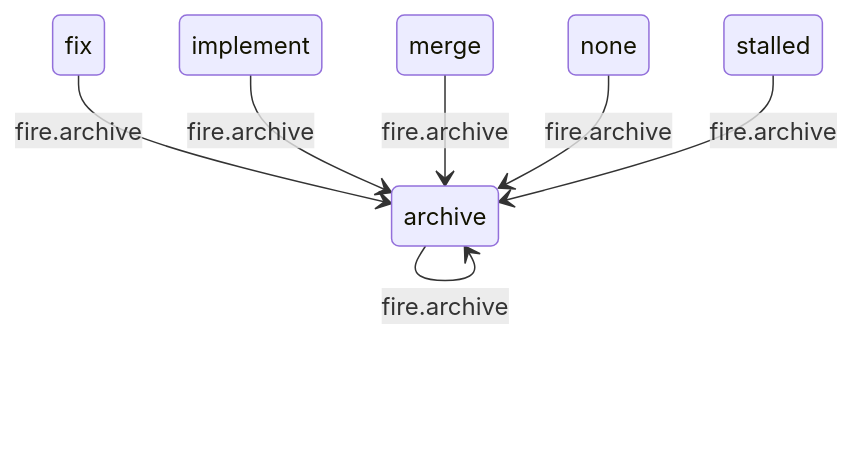
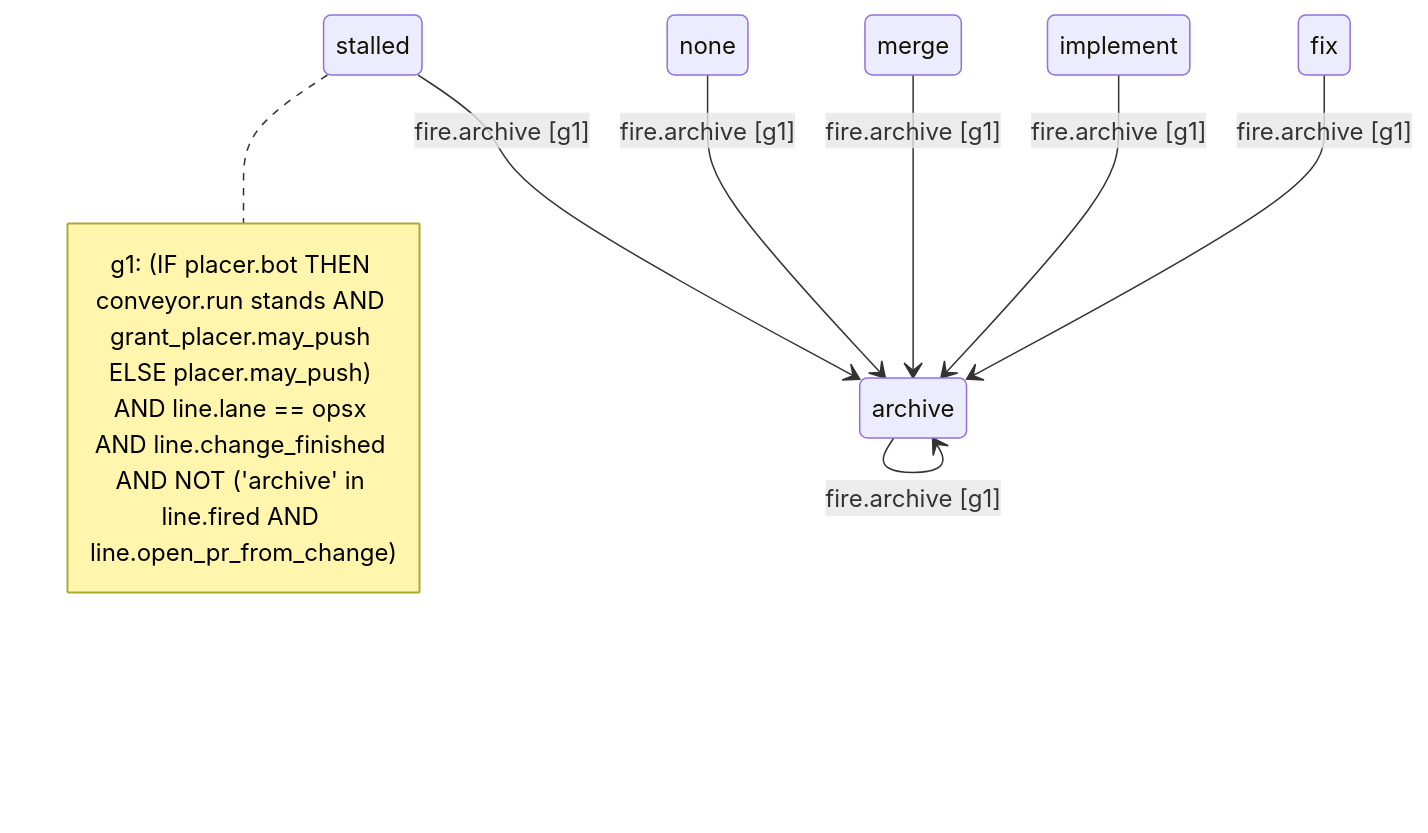
The diagram in .github/conveyor-model/mermaid/conveyor_archive.mmd (kostiantyn-matsebora/agent-ops-operator), drawn with Mermaid before and after one commit. The commit also changed 6 other files, not shown here.

First line of the commit message:
fix(conveyor): every transition carries its real guard condition

```diff
--- a/.github/conveyor-model/mermaid/conveyor_archive.mmd
+++ b/.github/conveyor-model/mermaid/conveyor_archive.mmd
@@ -1,14 +1,17 @@
 stateDiagram-v2
-    %% no single initial state: this conveyor's real trigger fires identically from most of its own states (see its own note:)
+    %% no single initial state: this conveyor's real trigger fires identically from most of its own states once its guard holds
     state none
     state implement
     state fix
     state merge
     state archive
     state stalled
-    archive --> archive : fire.archive
-    fix --> archive : fire.archive
-    implement --> archive : fire.archive
-    merge --> archive : fire.archive
-    none --> archive : fire.archive
-    stalled --> archive : fire.archive
+    archive --> archive : fire.archive [g1]
+    fix --> archive : fire.archive [g1]
+    implement --> archive : fire.archive [g1]
+    merge --> archive : fire.archive [g1]
+    none --> archive : fire.archive [g1]
+    stalled --> archive : fire.archive [g1]
+    note right of stalled
+        g1: (IF placer.bot THEN conveyor.run stands AND grant_placer.may_push ELSE placer.may_push) AND line.lane == opsx AND line.change_finished AND NOT ('archive' in line.fired AND line.open_pr_from_change)
+    end note
```
